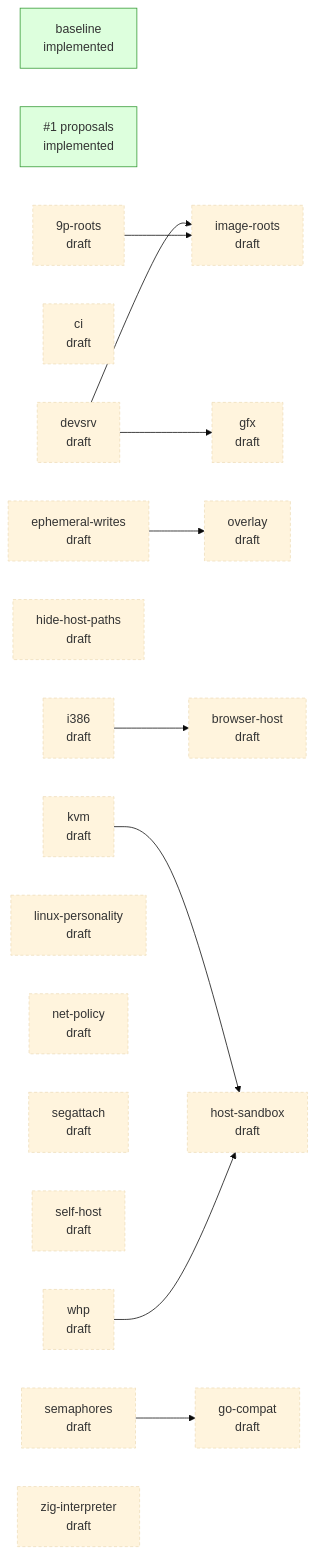
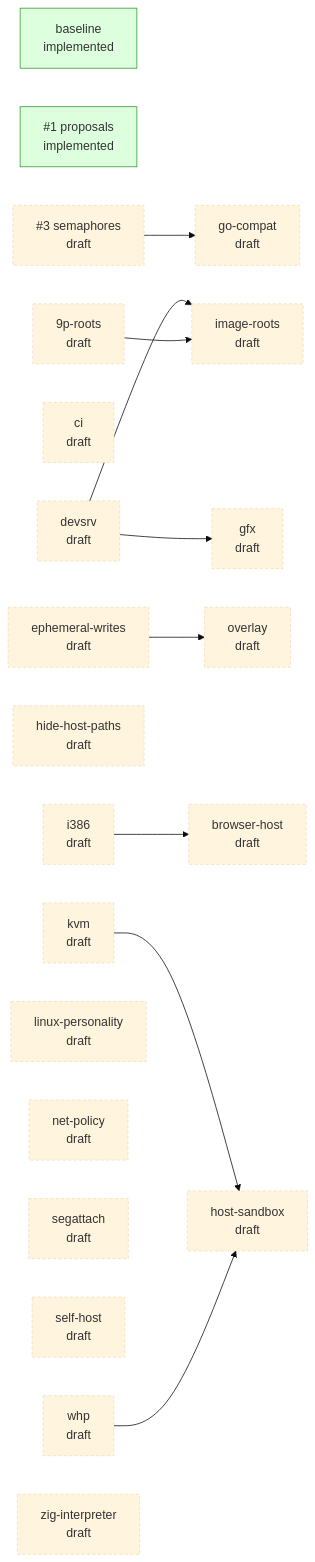
Before and after one commit to jpf/hyper9: the diagram in README.md, drawn with Mermaid (base theme). The commit also changed other lines of this file and 2 other files, not shown here.

Commit message:
design: file semaphores as #3

````diff
--- a/README.md
+++ b/README.md
@@ -39,37 +39,37 @@
 ```mermaid
 flowchart LR
   classDef draft stroke-dasharray: 4 3
   classDef accepted stroke-width: 2px
   classDef implemented fill:#dfd,stroke:#393
   classDef closed fill:#eee,stroke:#999,color:#777
   p_baseline["baseline<br/>implemented"]:::implemented
   p_proposals["#35;1 proposals<br/>implemented"]:::implemented
+  p_semaphores["#35;3 semaphores<br/>draft"]:::draft
   p_9p_roots["9p-roots<br/>draft"]:::draft
   p_browser_host["browser-host<br/>draft"]:::draft
   p_ci["ci<br/>draft"]:::draft
   p_devsrv["devsrv<br/>draft"]:::draft
   p_ephemeral_writes["ephemeral-writes<br/>draft"]:::draft
   p_gfx["gfx<br/>draft"]:::draft
   p_go_compat["go-compat<br/>draft"]:::draft
   p_hide_host_paths["hide-host-paths<br/>draft"]:::draft
   p_host_sandbox["host-sandbox<br/>draft"]:::draft
   p_i386["i386<br/>draft"]:::draft
   p_image_roots["image-roots<br/>draft"]:::draft
   p_kvm["kvm<br/>draft"]:::draft
   p_linux_personality["linux-personality<br/>draft"]:::draft
   p_net_policy["net-policy<br/>draft"]:::draft
   p_overlay["overlay<br/>draft"]:::draft
   p_segattach["segattach<br/>draft"]:::draft
   p_self_host["self-host<br/>draft"]:::draft
-  p_semaphores["semaphores<br/>draft"]:::draft
   p_whp["whp<br/>draft"]:::draft
   p_zig_interpreter["zig-interpreter<br/>draft"]:::draft
   p_i386 --> p_browser_host
   p_devsrv --> p_gfx
   p_semaphores --> p_go_compat
   p_kvm --> p_host_sandbox
   p_whp --> p_host_sandbox
   p_devsrv --> p_image_roots
   p_9p_roots --> p_image_roots
   p_ephemeral_writes --> p_overlay
 ```
````
